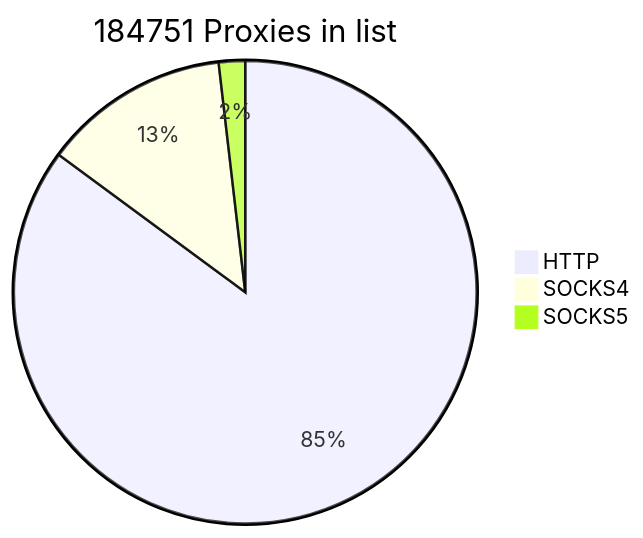
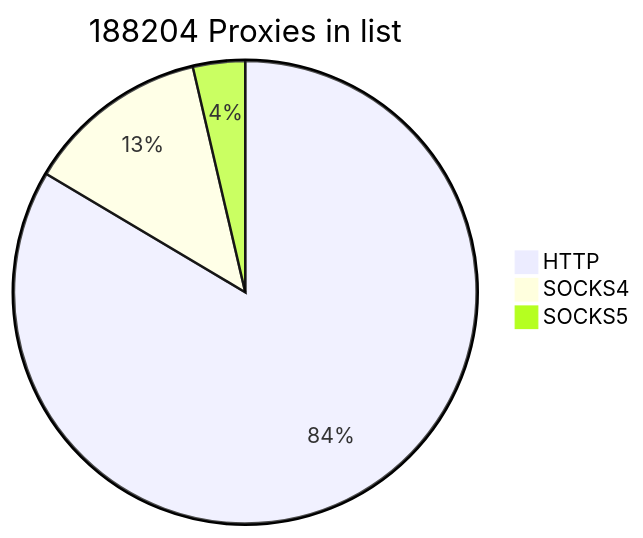
One commit to cutipu/proxylist changed the first of 2 diagrams in README.md. Above: the diagram before and after it, drawn with Mermaid. The commit also changed other lines of this file, not shown here.

````diff
--- a/README.md
+++ b/README.md
@@ -2,7 +2,7 @@
 ```mermaid
-pie title 184751 Proxies in list
+pie title 188204 Proxies in list
     "HTTP" : 157230
-    "SOCKS4" : 24122
-    "SOCKS5" : 3399
+    "SOCKS4" : 24123
+    "SOCKS5" : 6851
             
 ```
````
